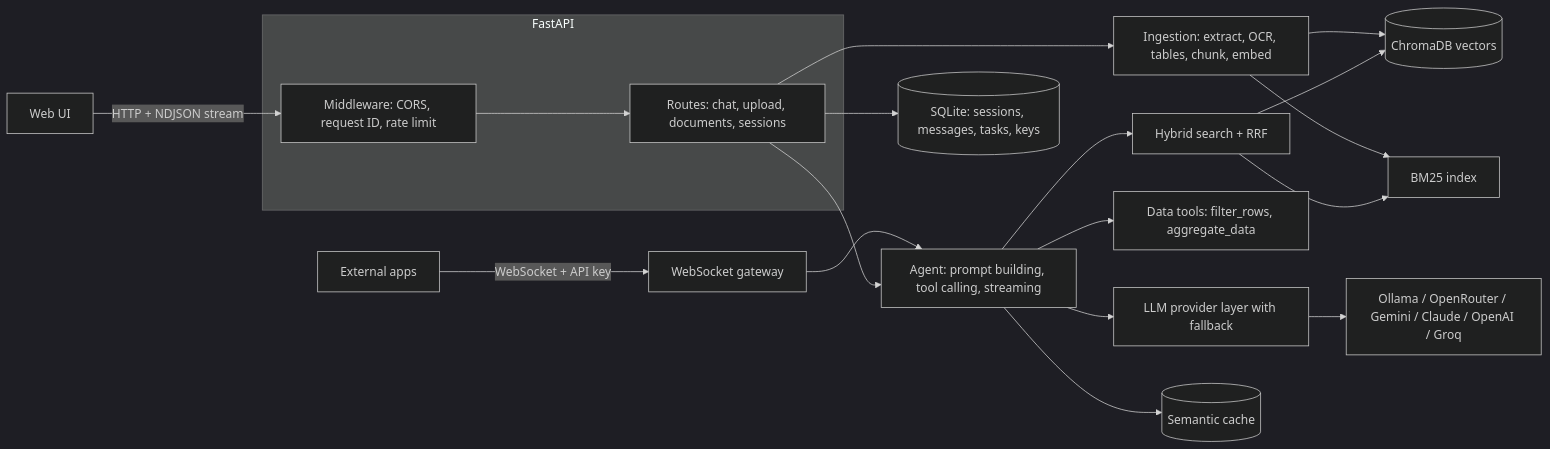
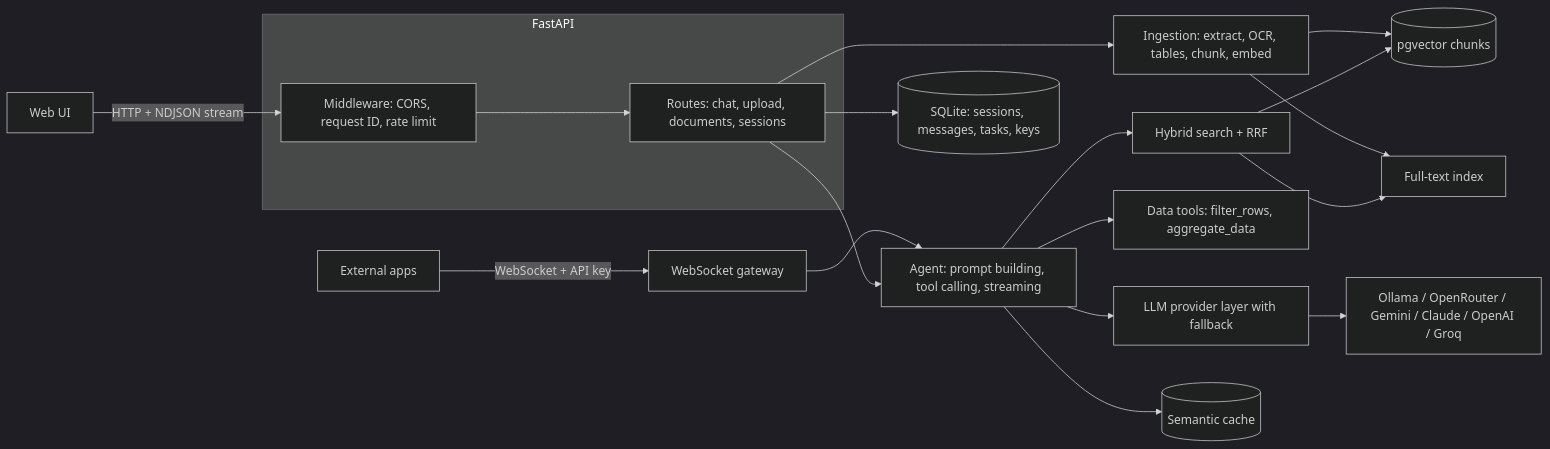
The diagram in README.md (sandyrai/doclens), drawn with Mermaid (dark theme) before and after one commit. The commit also changed other lines of this file and 20 other files, not shown here.

````diff
--- a/README.md
+++ b/README.md
@@ -58,21 +58,21 @@
 ```mermaid
 flowchart LR
     UI[Web UI] -->|HTTP + NDJSON stream| MW
     EXT[External apps] -->|WebSocket + API key| WS[WebSocket gateway]
     WS --> AG
     subgraph API[FastAPI]
         MW[Middleware: CORS, request ID, rate limit] --> R[Routes: chat, upload, documents, sessions]
     end
     R --> AG[Agent: prompt building, tool calling, streaming]
     R --> ING[Ingestion: extract, OCR, tables, chunk, embed]
-    ING --> VDB[(ChromaDB vectors)]
-    ING --> BM[BM25 index]
+    ING --> VDB[(pgvector chunks)]
+    ING --> BM[Full-text index]
     AG --> HS[Hybrid search + RRF]
     HS --> VDB
     HS --> BM
     AG --> TOOLS[Data tools: filter_rows, aggregate_data]
     AG --> LLM[LLM provider layer with fallback]
     LLM --> P[Ollama / OpenRouter / Gemini / Claude / OpenAI / Groq]
     AG --> CACHE[(Semantic cache)]
     R --> DB[(SQLite: sessions, messages, tasks, keys)]
 ```
````
